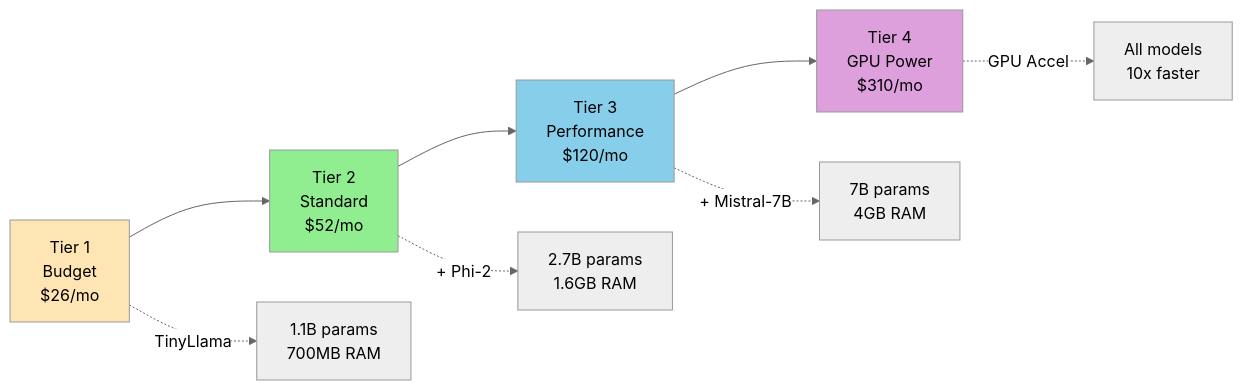
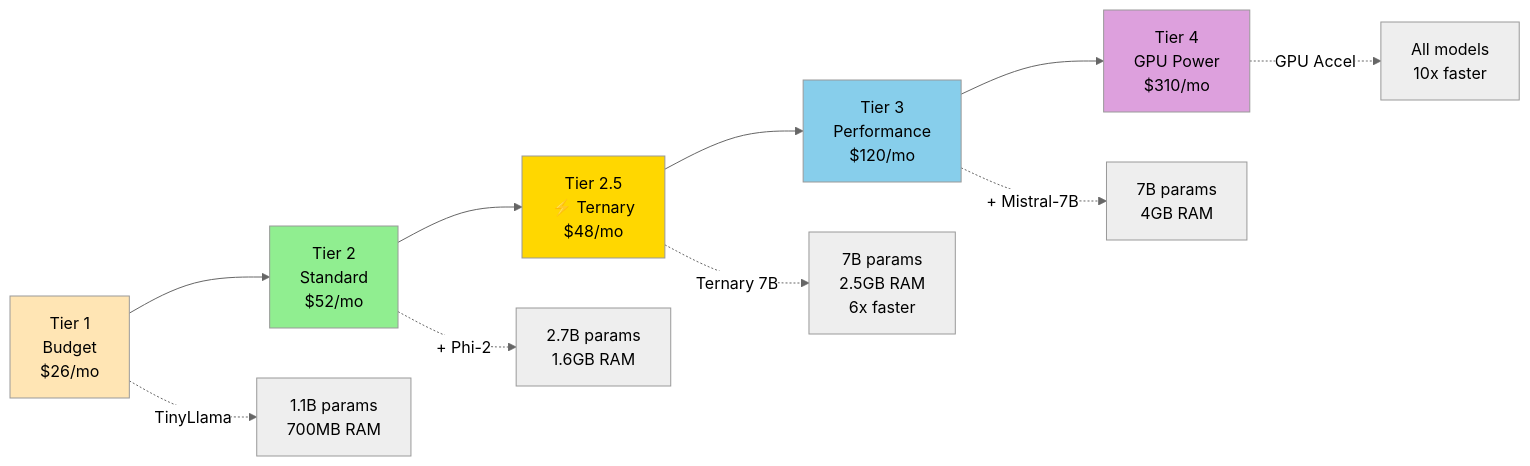
One commit to jeremylongshore/Hybrid-ai-stack-intent-solutions changed the first of 4 diagrams in docs/VPS-TIERS.md. Above: the diagram before and after it, drawn with Mermaid (neutral theme). The commit also changed other lines of this file and 8 other files, not shown here.

````diff
--- a/docs/VPS-TIERS.md
+++ b/docs/VPS-TIERS.md
@@ -30,16 +31,19 @@
 ```mermaid
 graph LR
     T1[Tier 1<br/>Budget<br/>$26/mo] --> T2[Tier 2<br/>Standard<br/>$52/mo]
-    T2 --> T3[Tier 3<br/>Performance<br/>$120/mo]
+    T2 --> T2_5[Tier 2.5<br/>⚡ Ternary<br/>$48/mo]
+    T2_5 --> T3[Tier 3<br/>Performance<br/>$120/mo]
     T3 --> T4[Tier 4<br/>GPU Power<br/>$310/mo]
 
     T1 -.->|TinyLlama| M1[1.1B params<br/>700MB RAM]
     T2 -.->|+ Phi-2| M2[2.7B params<br/>1.6GB RAM]
+    T2_5 -.->|Ternary 7B| M2_5[7B params<br/>2.5GB RAM<br/>6x faster]
     T3 -.->|+ Mistral-7B| M3[7B params<br/>4GB RAM]
     T4 -.->|GPU Accel| M4[All models<br/>10x faster]
 
     style T1 fill:#FFE5B4
     style T2 fill:#90EE90
+    style T2_5 fill:#FFD700
     style T3 fill:#87CEEB
     style T4 fill:#DDA0DD
 ```
````
